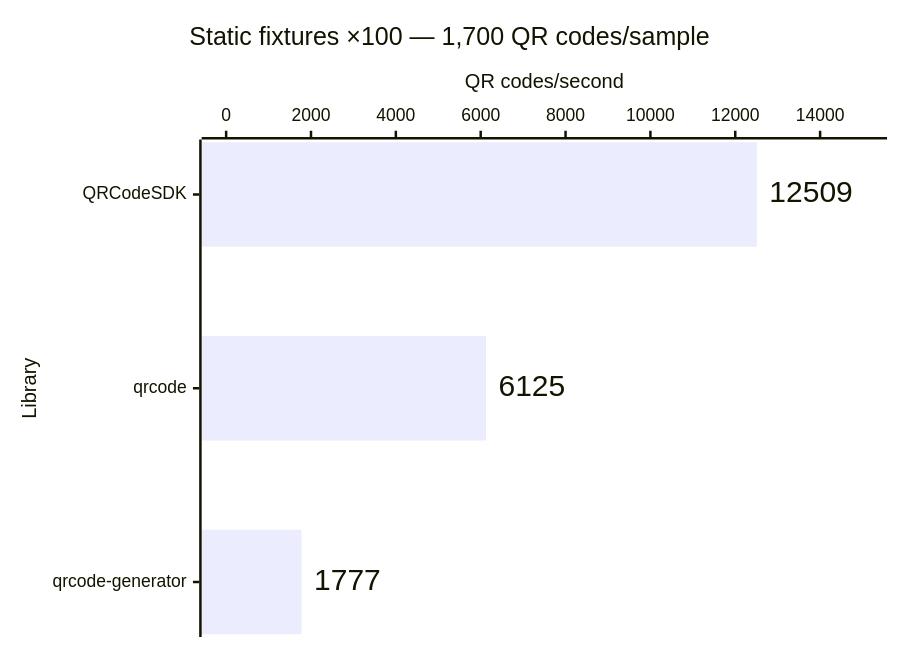
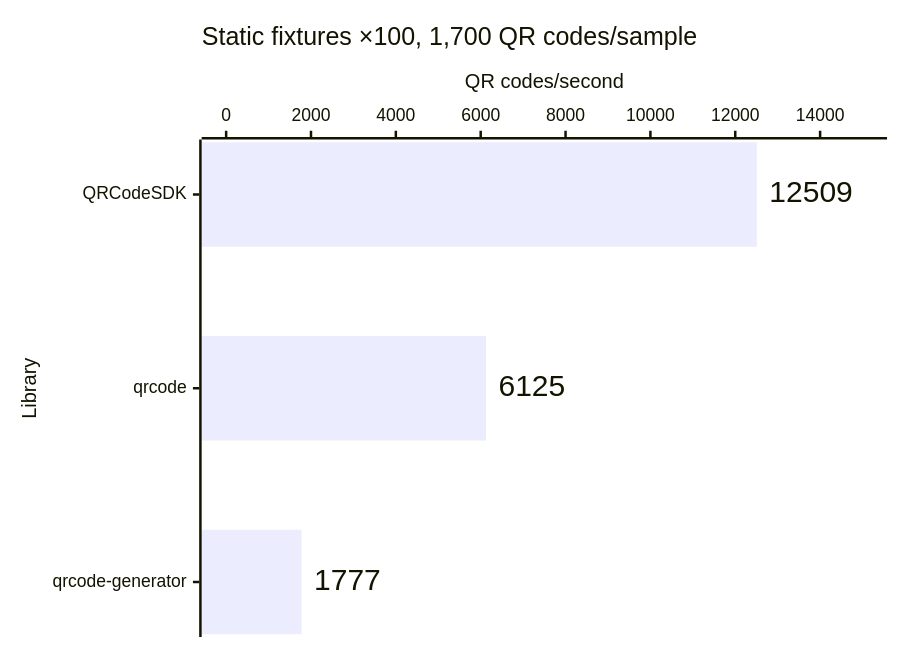
One commit to Dafnik/qrcodesdk changed the third of 14 diagrams in apps/docs/src/content/docs/learn/performance.md. Above: the diagram before and after it, drawn with Mermaid. The commit also changed other lines of this file and 86 other files, not shown here.

````diff
--- a/apps/docs/src/content/docs/learn/performance.md
+++ b/apps/docs/src/content/docs/learn/performance.md
@@ -61,15 +61,15 @@
 ```mermaid
 ---
 config:
   xyChart:
     showDataLabel: true
     showDataLabelOutsideBar: true
 ---
 xychart horizontal
-  accTitle: Matrix generation: Static fixtures ×100 — 1,700 QR codes/sample
+  accTitle: Matrix generation, Static fixtures ×100, 1,700 QR codes/sample
   accDescr: Throughput calculated from median time. QRCodeSDK 12,509 QR codes per second, qrcode 6,125 QR codes per second, qrcode-generator 1,777 QR codes per second. Higher is better.
-  title "Static fixtures ×100 — 1,700 QR codes/sample"
+  title "Static fixtures ×100, 1,700 QR codes/sample"
   x-axis "Library" ["QRCodeSDK", "qrcode", "qrcode-generator"]
   y-axis "QR codes/second" 0 --> 15000
   bar [12509, 6125, 1777]
 ```
````
